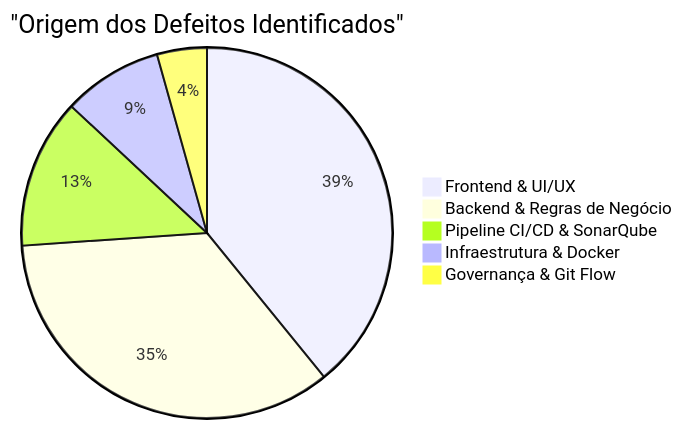
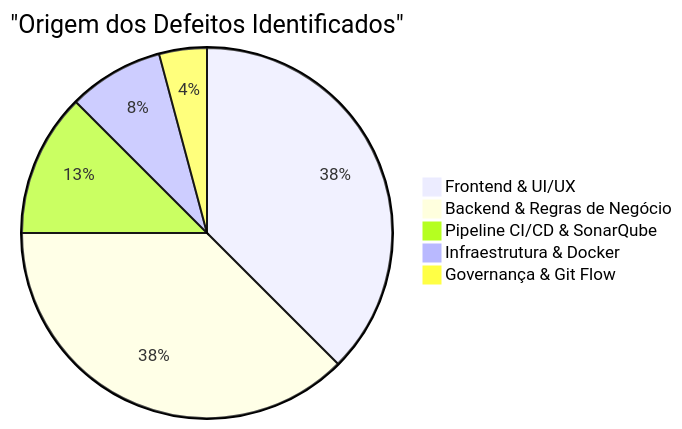
Before and after one commit to ADS-IFPB-SR/alumigest: the diagram in docs/projeto-001/003-teste/RBD-Registro_de_Bugs_e_Defeitos.md, drawn with Mermaid. The commit also changed other lines of this file and 5 other files, not shown here.

````diff
--- a/docs/projeto-001/003-teste/RBD-Registro_de_Bugs_e_Defeitos.md
+++ b/docs/projeto-001/003-teste/RBD-Registro_de_Bugs_e_Defeitos.md
@@ -738,8 +773,8 @@
 ```mermaid
 pie title "Origem dos Defeitos Identificados"
     "Frontend & UI/UX" : 9
-    "Backend & Regras de Negócio" : 8
+    "Backend & Regras de Negócio" : 9
     "Pipeline CI/CD & SonarQube" : 3
     "Infraestrutura & Docker" : 2
     "Governança & Git Flow" : 1
 ```
````
